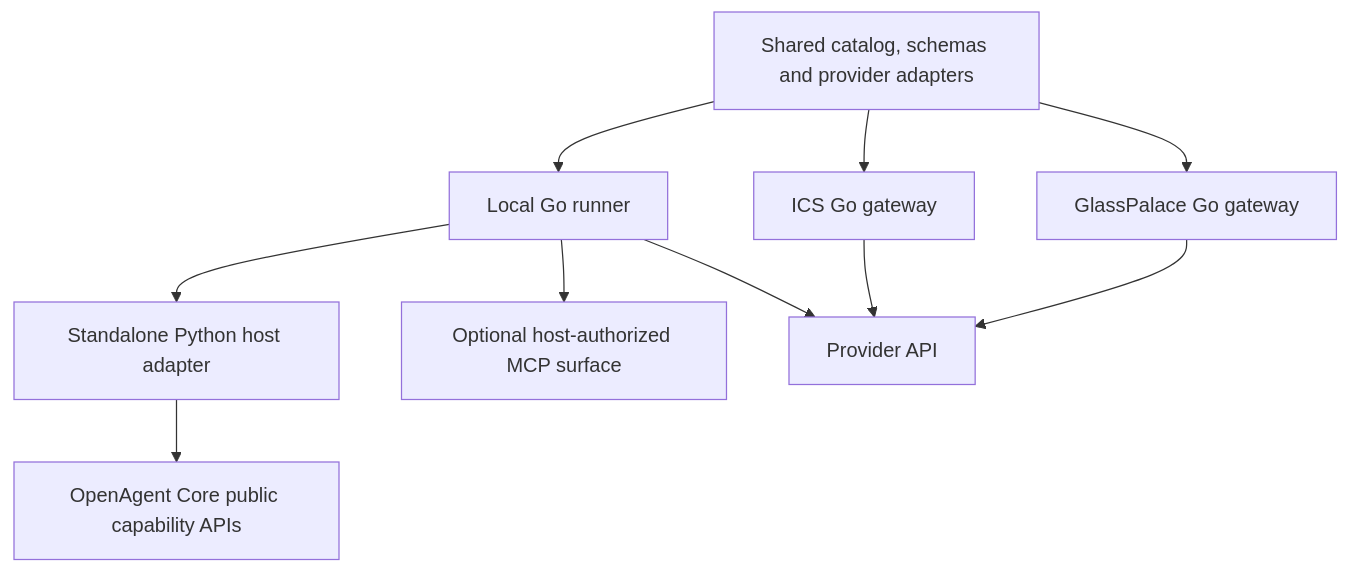
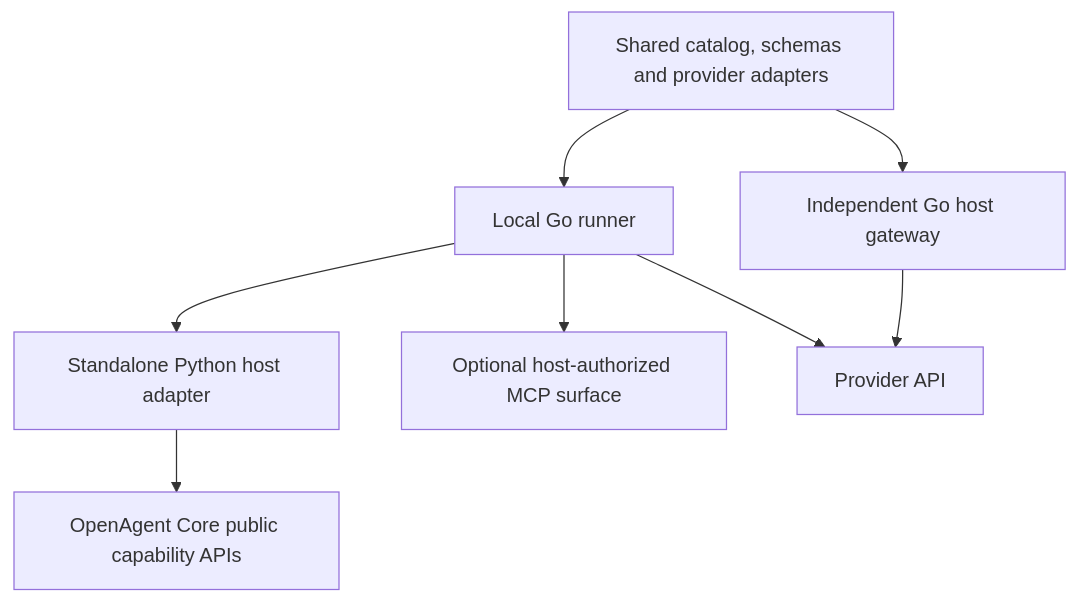
One commit to openagent-uno/openagent changed the first of 2 diagrams in docs/site/guide/shared-components.md. Above: the diagram before and after it, drawn with Mermaid. The commit also changed other lines of this file and 34 other files, not shown here.

````diff
--- a/docs/site/guide/shared-components.md
+++ b/docs/site/guide/shared-components.md
@@ -60,20 +60,17 @@
 ```mermaid
 flowchart TB
   Core[OpenAgent Core public capability APIs]
   Shared[Shared catalog, schemas and provider adapters]
-  GP[GlassPalace Go gateway]
-  ICS[ICS Go gateway]
+  Host[Independent Go host gateway]
   Runner[Local Go runner]
   Python[Standalone Python host adapter]
   MCP[Optional host-authorized MCP surface]
   API[Provider API]
-  Shared --> GP
-  Shared --> ICS
+  Shared --> Host
   Shared --> Runner
   Runner --> Python
   Runner --> MCP
   Python --> Core
-  GP --> API
-  ICS --> API
+  Host --> API
   Runner --> API
 ```
````
